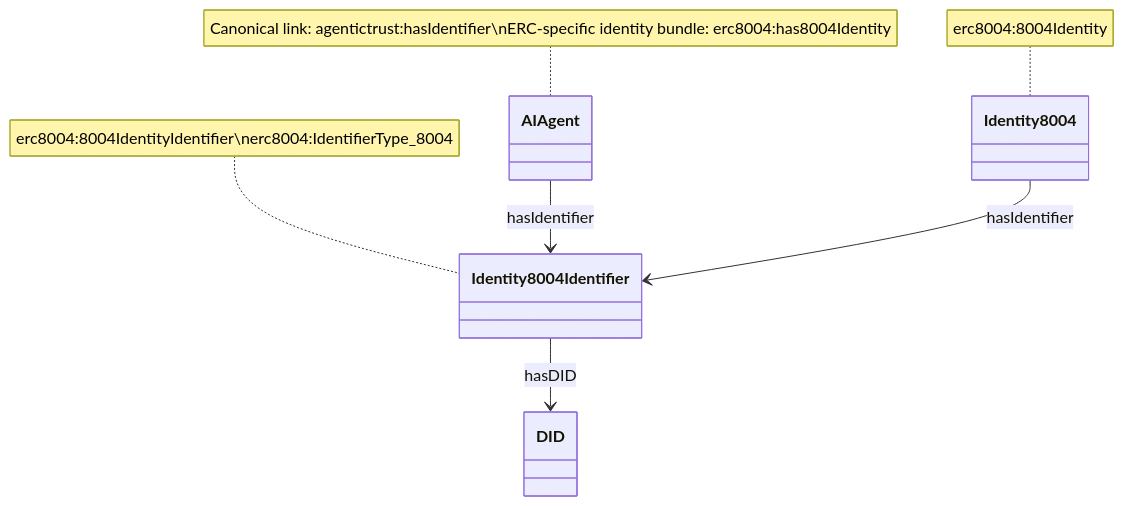
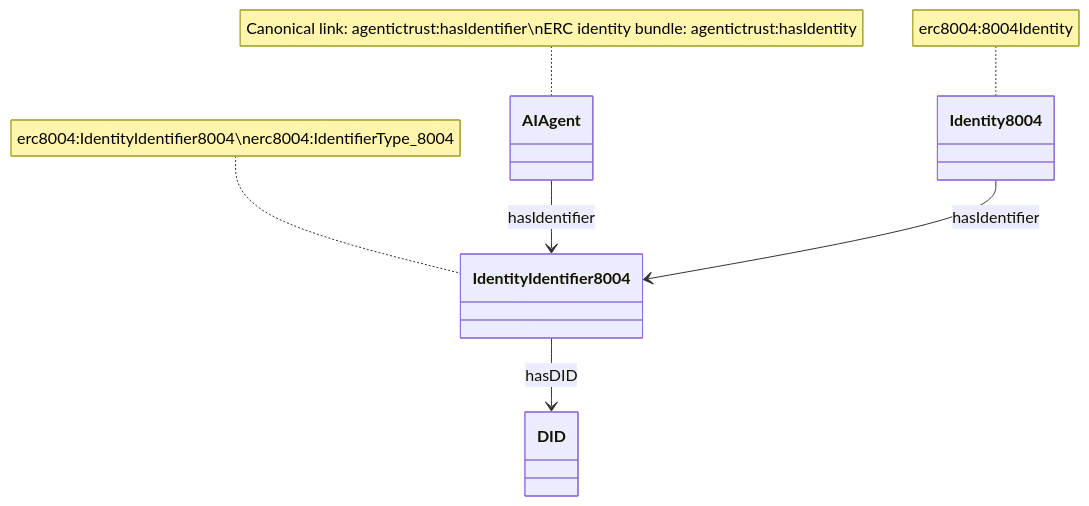
Before and after one commit to Agentic-Trust-Layer/agent-explorer: the fifth of 6 diagrams in docs/ontology/identifiers.md, drawn with Mermaid. The commit also changed other lines of this file and 13 other files, not shown here.

````diff
--- a/docs/ontology/identifiers.md
+++ b/docs/ontology/identifiers.md
@@ -188,15 +188,15 @@
 ```mermaid
 classDiagram
     class AIAgent
     class Identity8004
-    class Identity8004Identifier
+    class IdentityIdentifier8004
     class DID
     
-    AIAgent --> Identity8004Identifier : hasIdentifier
-    Identity8004 --> Identity8004Identifier : hasIdentifier
-    Identity8004Identifier --> DID : hasDID
+    AIAgent --> IdentityIdentifier8004 : hasIdentifier
+    Identity8004 --> IdentityIdentifier8004 : hasIdentifier
+    IdentityIdentifier8004 --> DID : hasDID
     
-    note for AIAgent "Canonical link: agentictrust:hasIdentifier\nERC-specific identity bundle: erc8004:has8004Identity"
+    note for AIAgent "Canonical link: agentictrust:hasIdentifier\nERC identity bundle: agentictrust:hasIdentity"
     note for Identity8004 "erc8004:8004Identity"
-    note for Identity8004Identifier "erc8004:8004IdentityIdentifier\nerc8004:IdentifierType_8004"
+    note for IdentityIdentifier8004 "erc8004:IdentityIdentifier8004\nerc8004:IdentifierType_8004"
 ```
````
